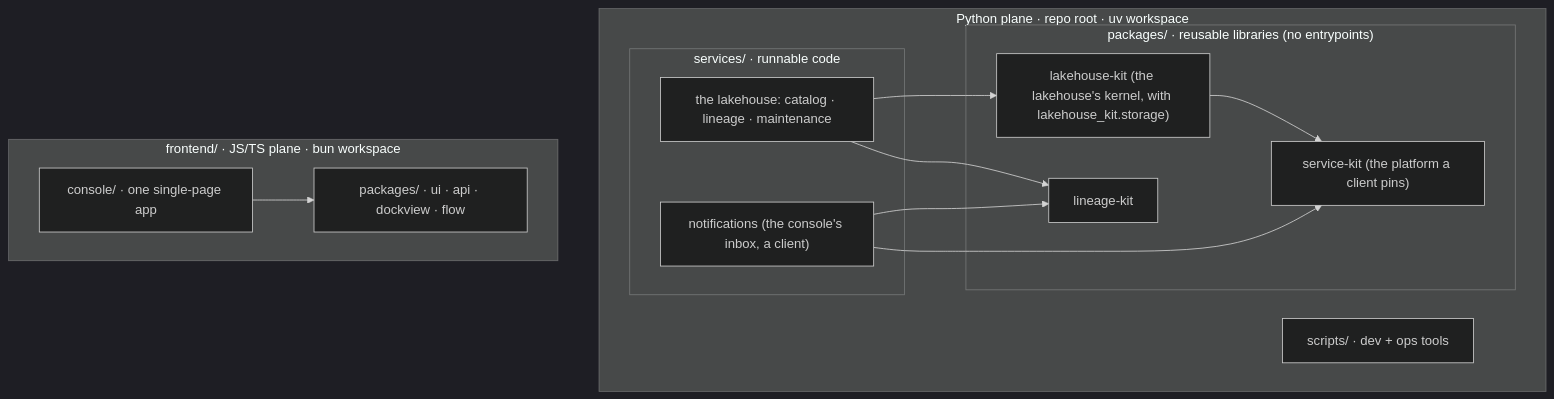
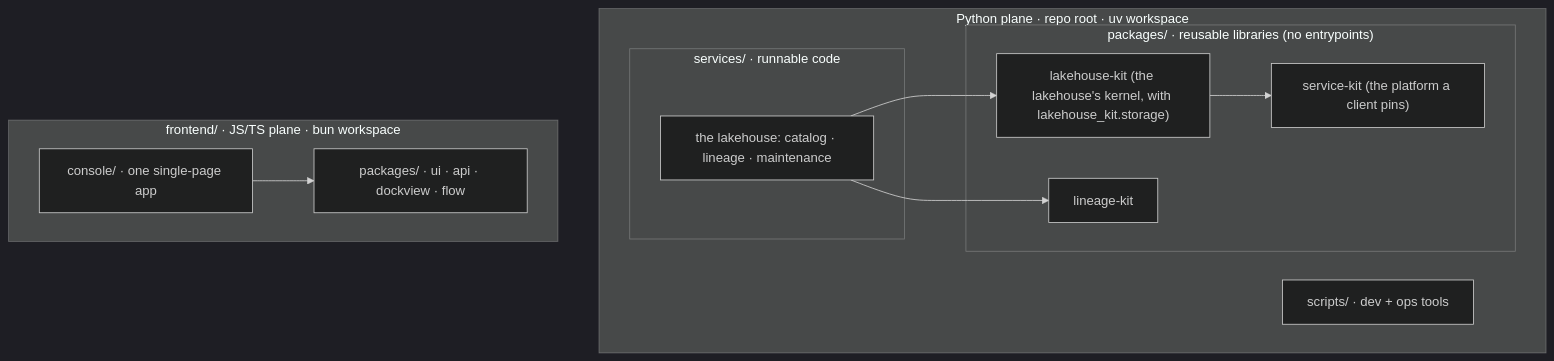
Before and after one commit to AI-Riksarkivet/rask: the diagram in docs/architecture/layout.md, drawn with Mermaid (dark theme). The commit also changed other lines of this file and 402 other files, not shown here.

````diff
--- a/docs/architecture/layout.md
+++ b/docs/architecture/layout.md
@@ -11,25 +12,22 @@
 ```mermaid
 flowchart TD
     subgraph py["Python plane · repo root · uv workspace"]
         subgraph services["services/ · runnable code"]
             lake["the lakehouse: catalog · lineage · maintenance"]
-            inbox["notifications (the console's inbox, a client)"]
         end
         subgraph packages["packages/ · reusable libraries (no entrypoints)"]
             psk["service-kit (the platform a client pins)"]
             phk["lakehouse-kit (the lakehouse's kernel, with lakehouse_kit.storage)"]
             plk["lineage-kit"]
         end
         cx["scripts/ · dev + ops tools"]
     end
     subgraph js["frontend/ · JS/TS plane · bun workspace"]
         app["console/ · one single-page app"]
         fpk["packages/ · ui · api · dockview · flow"]
     end
     lake --> phk
     lake --> plk
     phk --> psk
-    inbox --> psk
-    inbox --> plk
     app --> fpk
 ```
````
